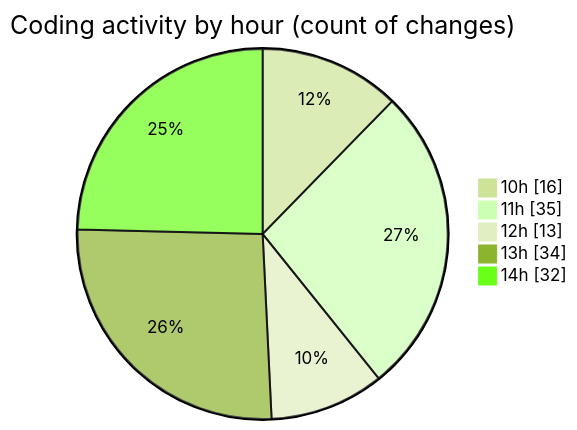
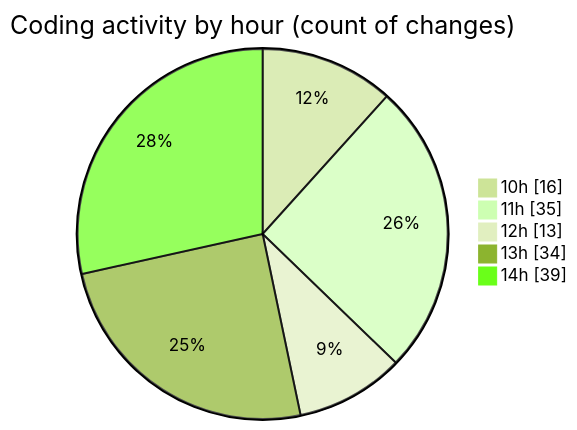
One commit to charlie-sans/code-tracking changed the second of 2 diagrams in 2025-02-20/micros/README.md. Above: the diagram before and after it, drawn with Mermaid (forest theme). The commit also changed other lines of this file and 1 other file, not shown here.

````diff
--- a/2025-02-20/micros/README.md
+++ b/2025-02-20/micros/README.md
@@ -53,9 +54,9 @@
 ```mermaid
 pie showData
 title Coding activity by hour (count of changes)
 "10h" : 16
 "11h" : 35
 "12h" : 13
 "13h" : 34
-"14h" : 32
+"14h" : 39
 ```
````
